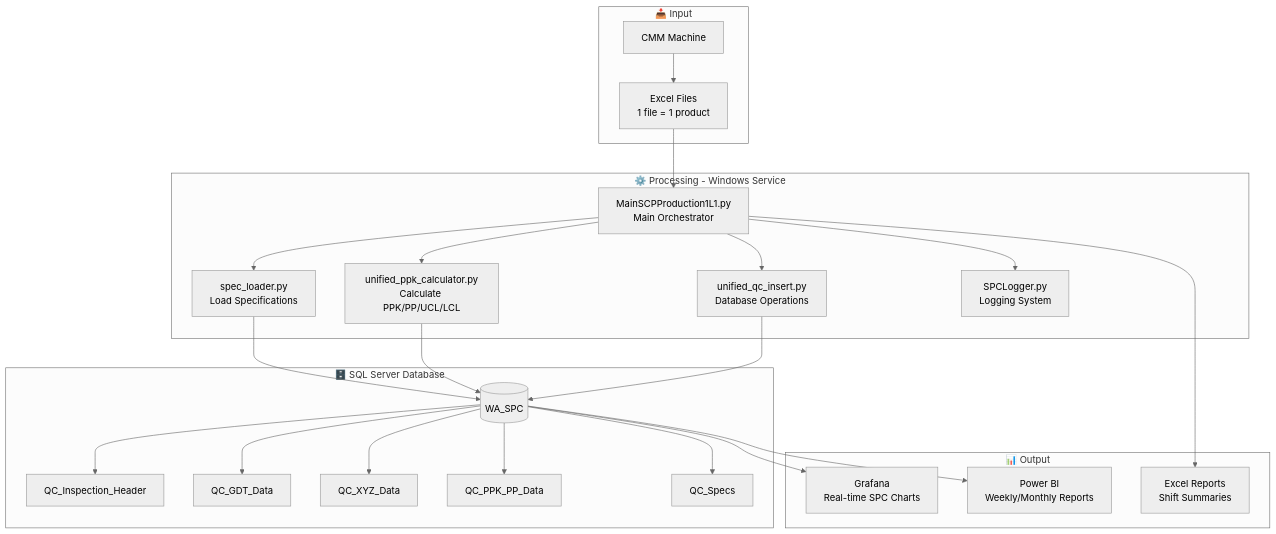
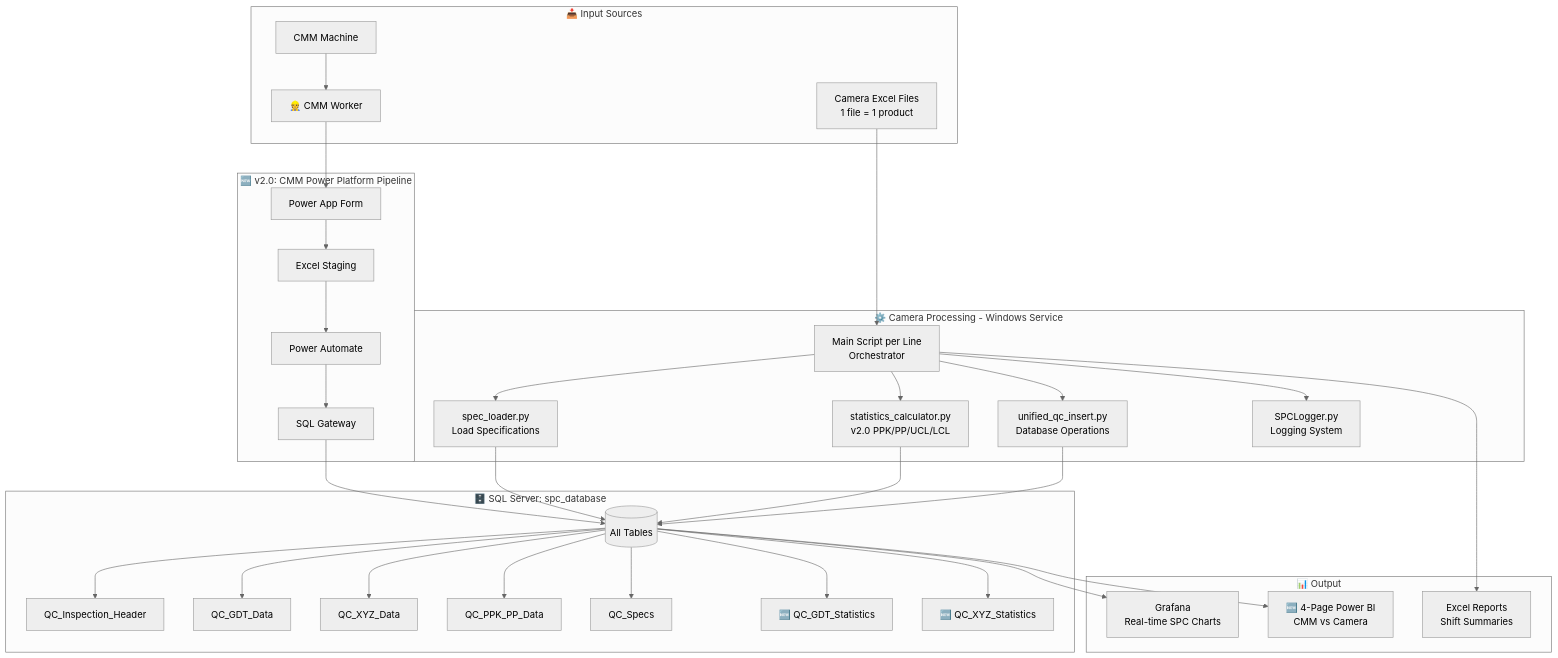
Before and after one commit to KSangmuang/SPC-Dashboard: the fifth of 12 diagrams in README.md, drawn with Mermaid (neutral theme). The commit also changed other lines of this file, not shown here.

````diff
--- a/README.md
+++ b/README.md
@@ -254,48 +320,66 @@
 ```mermaid
 flowchart TB
-    subgraph INPUT["📥 Input"]
-        CMM[CMM Machine]
-        EXCEL[Excel Files<br/>1 file = 1 product]
+    subgraph INPUT["📥 Input Sources"]
+        CMM_MACHINE[CMM Machine]
+        EXCEL[Camera Excel Files<br/>1 file = 1 product]
+        WORKER[👷 CMM Worker]
     end
-    
-    subgraph PROCESS["⚙️ Processing - Windows Service"]
-        MAIN[MainSCPProduction1L1.py<br/>Main Orchestrator]
+
+    subgraph CMM_PIPELINE["🆕 v2.0: CMM Power Platform Pipeline"]
+        APP[Power App Form]
+        STAGING[Excel Staging]
+        AUTO[Power Automate]
+        GATEWAY[SQL Gateway]
+    end
+
+    subgraph PROCESS["⚙️ Camera Processing - Windows Service"]
+        MAIN[Main Script per Line<br/>Orchestrator]
         SPEC[spec_loader.py<br/>Load Specifications]
-        PPK[unified_ppk_calculator.py<br/>Calculate PPK/PP/UCL/LCL]
+        STATS[statistics_calculator.py<br/>v2.0 PPK/PP/UCL/LCL]
         QC[unified_qc_insert.py<br/>Database Operations]
         LOG[SPCLogger.py<br/>Logging System]
     end
-    
-    subgraph DATABASE["🗄️ SQL Server Database"]
-        DB[(WA_SPC)]
+
+    subgraph DATABASE["🗄️ SQL Server: spc_database"]
+        DB[(All Tables)]
         HEADER[QC_Inspection_Header]
         GDT[QC_GDT_Data]
         XYZ[QC_XYZ_Data]
         PPKDB[QC_PPK_PP_Data]
         SPECS[QC_Specs]
+        GDT_STATS[🆕 QC_GDT_Statistics]
+        XYZ_STATS[🆕 QC_XYZ_Statistics]
     end
-    
+
     subgraph OUTPUT["📊 Output"]
         GRAFANA[Grafana<br/>Real-time SPC Charts]
-        POWERBI[Power BI<br/>Weekly/Monthly Reports]
+        POWERBI[🆕 4-Page Power BI<br/>CMM vs Camera]
         EXCELO[Excel Reports<br/>Shift Summaries]
     end
-    
-    CMM --> EXCEL
+
+    CMM_MACHINE --> WORKER
+    WORKER --> APP
+    APP --> STAGING
+    STAGING --> AUTO
+    AUTO --> GATEWAY
+    GATEWAY --> DB
+
     EXCEL --> MAIN
     MAIN --> SPEC
-    MAIN --> PPK
+    MAIN --> STATS
     MAIN --> QC
     MAIN --> LOG
     SPEC --> DB
-    PPK --> DB
+    STATS --> DB
     QC --> DB
     DB --> HEADER
     DB --> GDT
     DB --> XYZ
     DB --> PPKDB
     DB --> SPECS
+    DB --> GDT_STATS
+    DB --> XYZ_STATS
     DB --> GRAFANA
     DB --> POWERBI
     MAIN --> EXCELO
 ```
````
